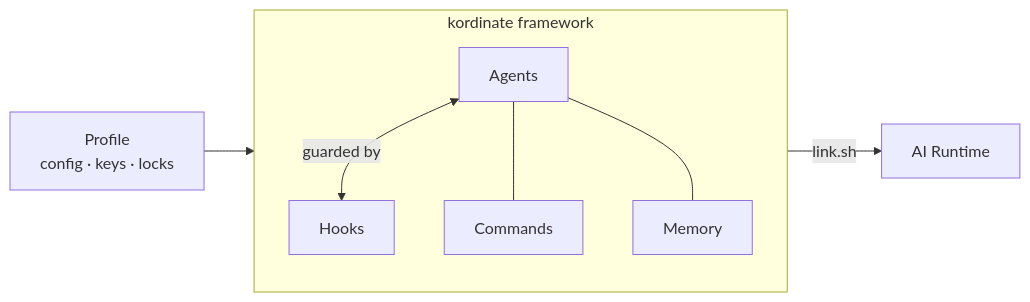
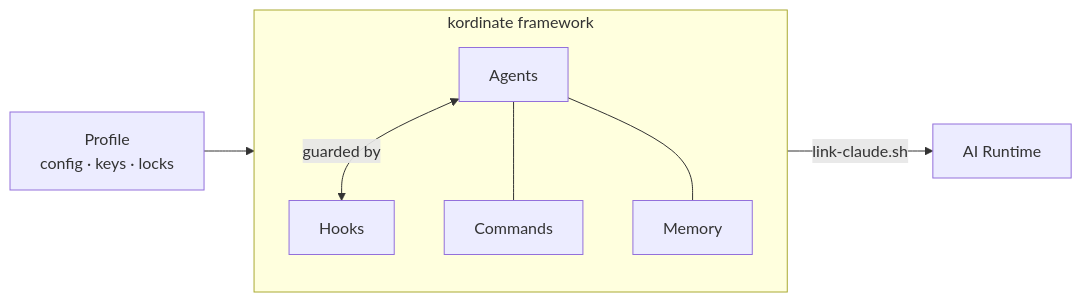
The diagram in docs/index.md (Kord96/kordinate), drawn with Mermaid before and after one commit. The commit also changed other lines of this file and 7 other files, not shown here.

First line of the commit message:
Rename link.sh → link-claude.sh, add unlink command

````diff
--- a/docs/index.md
+++ b/docs/index.md
@@ -7,12 +7,12 @@
 ```mermaid
 flowchart LR
     subgraph kordinate[kordinate framework]
         direction TB
         A[Agents] <-->|guarded by| H[Hooks]
         A --- C[Commands]
         A --- M[Memory]
     end
 
     P[Profile<br/>config · keys · locks] --> kordinate
-    kordinate -->|link.sh| R[AI Runtime]
+    kordinate -->|link-claude.sh| R[AI Runtime]
 ```
````
